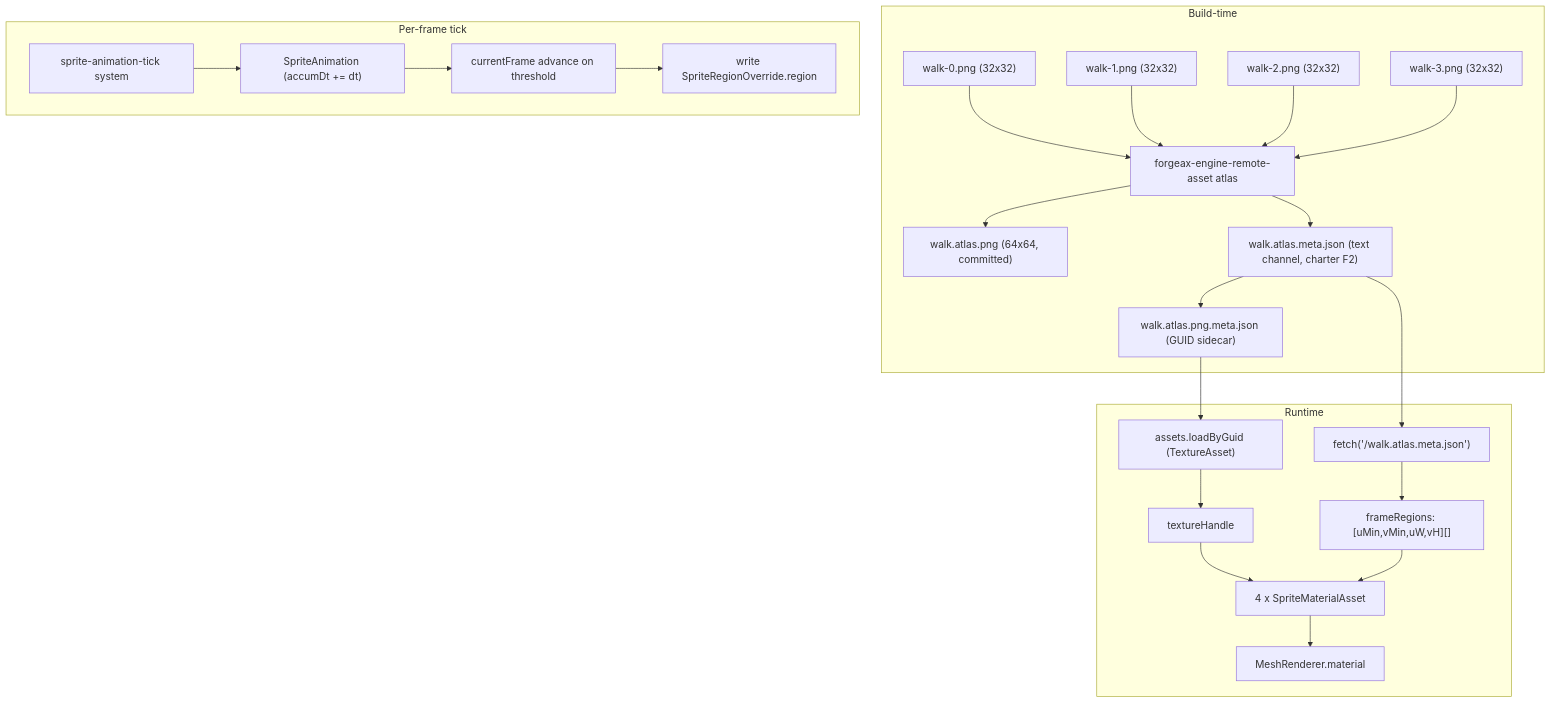
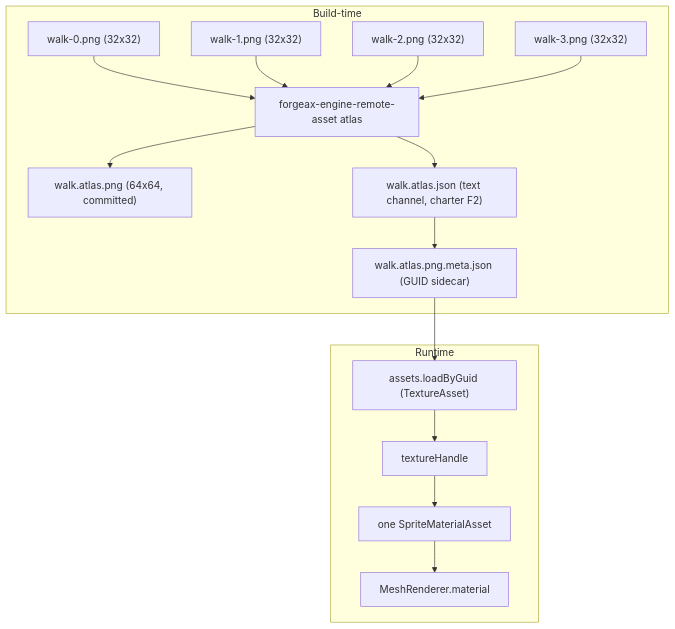
The diagram in packages/engine/apps/hello/sprite-atlas/README.md (ForgeaX-Games/forgeax-editor), drawn with Mermaid before and after one commit. The commit also changed other lines of this file and 222 other files, not shown here.

````diff
--- a/packages/engine/apps/hello/sprite-atlas/README.md
+++ b/packages/engine/apps/hello/sprite-atlas/README.md
@@ -83,26 +66,18 @@
 ```mermaid
 flowchart TD
   subgraph build["Build-time"]
     png0["walk-0.png (32x32)"] --> atlasCLI["forgeax-engine-remote-asset atlas"]
     png1["walk-1.png (32x32)"] --> atlasCLI
     png2["walk-2.png (32x32)"] --> atlasCLI
     png3["walk-3.png (32x32)"] --> atlasCLI
     atlasCLI --> atlasPNG["walk.atlas.png (64x64, committed)"]
-    atlasCLI --> sidecar["walk.atlas.meta.json (text channel, charter F2)"]
+    atlasCLI --> sidecar["walk.atlas.json (text channel, charter F2)"]
     sidecar --> metaJSON["walk.atlas.png.meta.json (GUID sidecar)"]
   end
   subgraph runtime["Runtime"]
     metaJSON --> loadByGuid["assets.loadByGuid (TextureAsset)"]
-    sidecar --> fetch["fetch('/walk.atlas.meta.json')"]
-    fetch --> regions["frameRegions: [uMin,vMin,uW,vH][]"]
     loadByGuid --> tex["textureHandle"]
-    tex --> mat["4 x SpriteMaterialAsset"]
-    regions --> mat
+    tex --> mat["one SpriteMaterialAsset"]
     mat --> mr["MeshRenderer.material"]
   end
-  subgraph tick["Per-frame tick"]
-    sched["sprite-animation-tick system"] --> anim["SpriteAnimation (accumDt += dt)"]
-    anim --> advance["currentFrame advance on threshold"]
-    advance --> write["write SpriteRegionOverride.region"]
-  end
 ```
````
